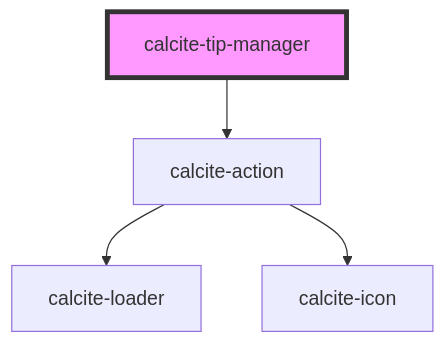
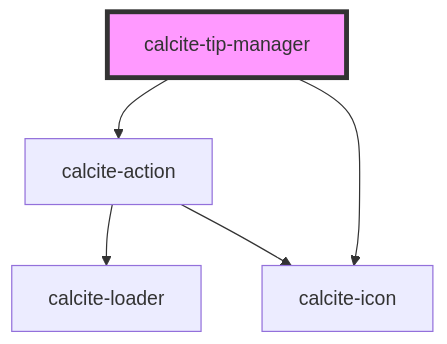
The diagram in src/components/calcite-tip-manager/readme.md (vikivakarvc/calcite-design-system), drawn with Mermaid before and after one commit. The commit also changed other lines of this file and 4 other files, not shown here.

````diff
--- a/src/components/calcite-tip-manager/readme.md
+++ b/src/components/calcite-tip-manager/readme.md
@@ -110,7 +111,8 @@
 ```mermaid
 graph TD;
   calcite-tip-manager --> calcite-action
+  calcite-tip-manager --> calcite-icon
   calcite-action --> calcite-loader
   calcite-action --> calcite-icon
   style calcite-tip-manager fill:#f9f,stroke:#333,stroke-width:4px
 ```
````
